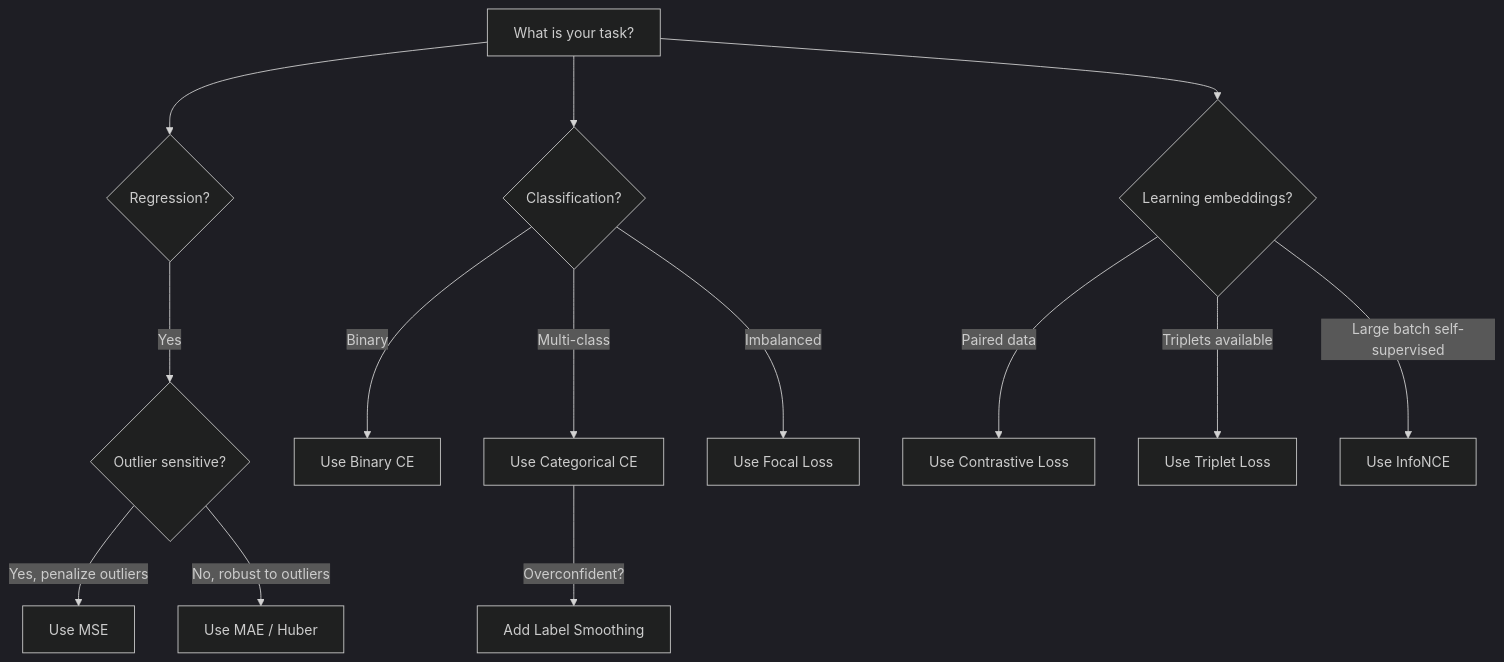
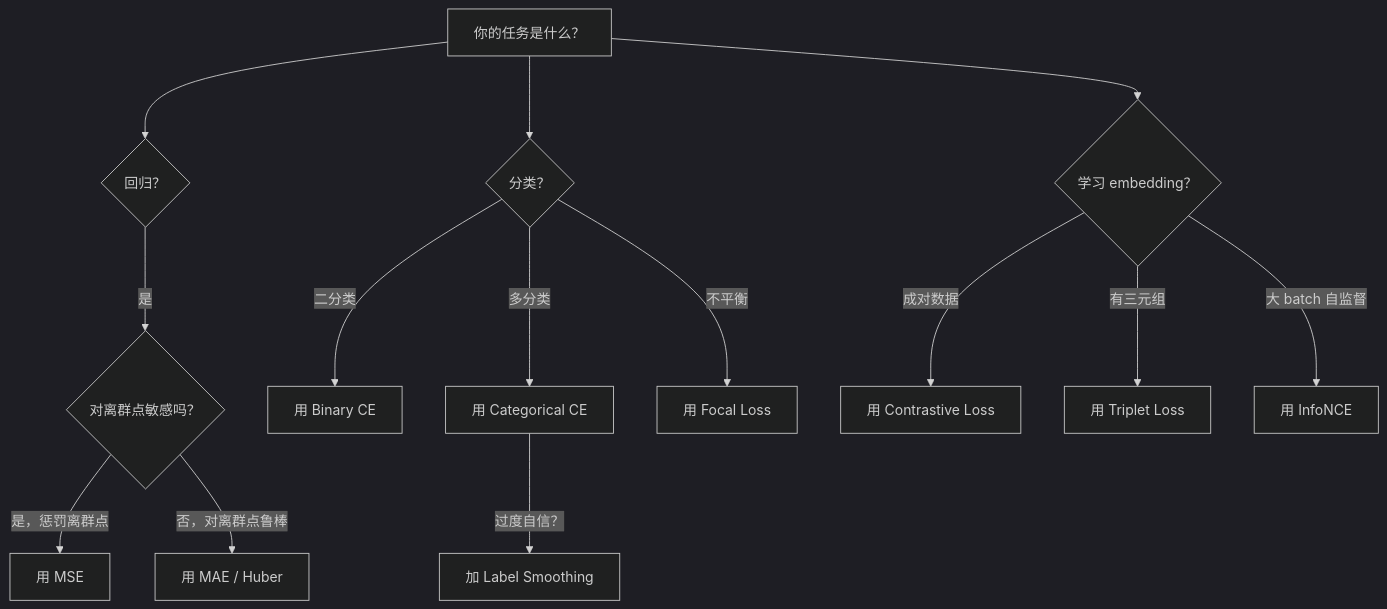
Before and after one commit to JerryC8080/ai-engineering-from-scratch-zh: the second of 3 diagrams in phases/03-deep-learning-core/05-loss-functions/docs/zh.md, drawn with Mermaid (dark theme). The commit also changed other lines of this file and 156 other files, not shown here.

First line of the commit message:
i18n(zh): translate mermaid diagram labels in 157 lesson zh.md

````diff
--- a/phases/03-deep-learning-core/05-loss-functions/docs/zh.md
+++ b/phases/03-deep-learning-core/05-loss-functions/docs/zh.md
@@ -158,19 +158,19 @@
 ```mermaid
 flowchart TD
-    Start["What is your task?"] --> Reg{"Regression?"}
-    Start --> Cls{"Classification?"}
-    Start --> Emb{"Learning embeddings?"}
+    Start["你的任务是什么？"] --> Reg{"回归？"}
+    Start --> Cls{"分类？"}
+    Start --> Emb{"学习 embedding？"}
 
-    Reg -->|"Yes"| Outliers{"Outlier sensitive?"}
-    Outliers -->|"Yes, penalize outliers"| MSE["Use MSE"]
-    Outliers -->|"No, robust to outliers"| MAE["Use MAE / Huber"]
+    Reg -->|"是"| Outliers{"对离群点敏感吗？"}
+    Outliers -->|"是，惩罚离群点"| MSE["用 MSE"]
+    Outliers -->|"否，对离群点鲁棒"| MAE["用 MAE / Huber"]
 
-    Cls -->|"Binary"| BCE["Use Binary CE"]
-    Cls -->|"Multi-class"| CCE["Use Categorical CE"]
-    Cls -->|"Imbalanced"| FL["Use Focal Loss"]
-    CCE -->|"Overconfident?"| LS["Add Label Smoothing"]
+    Cls -->|"二分类"| BCE["用 Binary CE"]
+    Cls -->|"多分类"| CCE["用 Categorical CE"]
+    Cls -->|"不平衡"| FL["用 Focal Loss"]
+    CCE -->|"过度自信？"| LS["加 Label Smoothing"]
 
-    Emb -->|"Paired data"| CL["Use Contrastive Loss"]
-    Emb -->|"Triplets available"| TL["Use Triplet Loss"]
-    Emb -->|"Large batch self-supervised"| NCE["Use InfoNCE"]
+    Emb -->|"成对数据"| CL["用 Contrastive Loss"]
+    Emb -->|"有三元组"| TL["用 Triplet Loss"]
+    Emb -->|"大 batch 自监督"| NCE["用 InfoNCE"]
 ```
````
